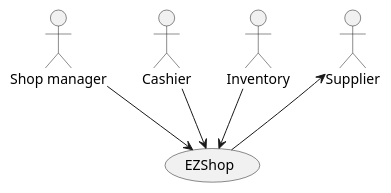
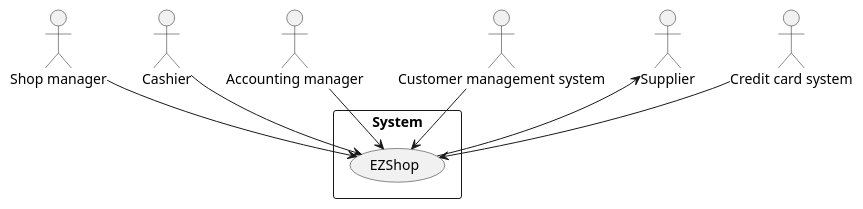
The first of 2 diagrams in Deliverables/RequirementsDocument.md (BMike10/EzShop), drawn with PlantUML before and after one commit. The commit also changed other lines of this file, not shown here.

```diff
--- a/Deliverables/RequirementsDocument.md
+++ b/Deliverables/RequirementsDocument.md
@@ -57,12 +57,19 @@
 	@startuml context_diagram
 		actor :Shop manager: as sm
 		actor :Cashier: as cr
-		actor :Inventory: as i
+		actor :Accounting manager: as am
+		actor :Customer management system: as cms
+		'	actor :Inventory and Catalogue system: as i	:
 		actor :Supplier: as s
+		actor :Credit card system: as ccs
+		rectangle System{
 		usecase EZShop
-
+		}
 		sm --> EZShop
 		cr --> EZShop
-		i --> EZShop
+		'	i --> EZShop
 		s <-- EZShop
+		cms --> EZShop
+		ccs --> EZShop
+		am --> EZShop
 	@enduml
```
